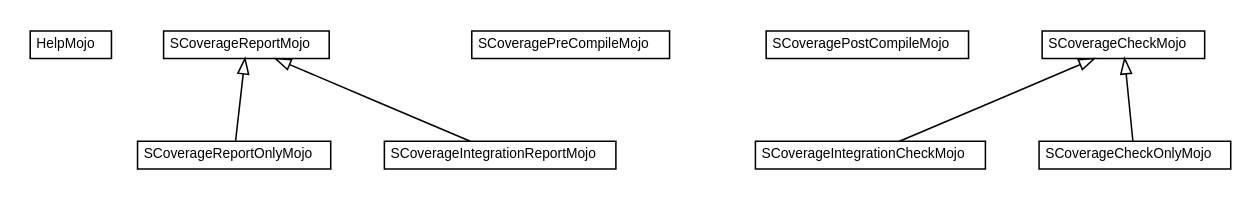
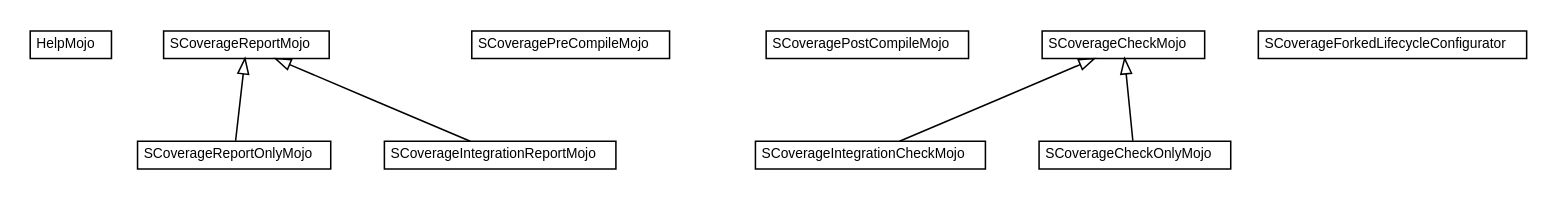
The diagram in 1.1.0-SNAPSHOT/apidocs/org/scoverage/plugin/org.scoverage.plugin.dot (scoverage/scoverage-maven-plugin), drawn with Graphviz before and after one commit. The commit also changed 111 other files, not shown here.

```diff
--- a/1.1.0-SNAPSHOT/apidocs/org/scoverage/plugin/org.scoverage.plugin.dot
+++ b/1.1.0-SNAPSHOT/apidocs/org/scoverage/plugin/org.scoverage.plugin.dot
@@ -1,74 +1,80 @@
 #!/usr/local/bin/dot
 #
 # Class diagram 
 # Generated by UMLGraph version R5_6-24-gf6e263 (http://www.umlgraph.org/)
 #
 
 digraph G {
 	edge [fontname="arial",fontsize=10,labelfontname="arial",labelfontsize=10];
 	node [fontname="arial",fontsize=10,shape=plaintext];
 	nodesep=0.25;
 	ranksep=0.5;
 	// org.scoverage.plugin.HelpMojo
 	c0 [label=<<table title="org.scoverage.plugin.HelpMojo" border="0" cellborder="1" cellspacing="0" cellpadding="2" port="p" href="./HelpMojo.html">
 		<tr><td><table border="0" cellspacing="0" cellpadding="1">
 <tr><td align="center" balign="center"> HelpMojo </td></tr>
 		</table></td></tr>
 		</table>>, URL="./HelpMojo.html", fontname="arial", fontcolor="black", fontsize=9.0];
 	// org.scoverage.plugin.SCoverageReportOnlyMojo
 	c1 [label=<<table title="org.scoverage.plugin.SCoverageReportOnlyMojo" border="0" cellborder="1" cellspacing="0" cellpadding="2" port="p" href="./SCoverageReportOnlyMojo.html">
 		<tr><td><table border="0" cellspacing="0" cellpadding="1">
 <tr><td align="center" balign="center"> SCoverageReportOnlyMojo </td></tr>
 		</table></td></tr>
 		</table>>, URL="./SCoverageReportOnlyMojo.html", fontname="arial", fontcolor="black", fontsize=9.0];
 	// org.scoverage.plugin.SCoverageReportMojo
 	c2 [label=<<table title="org.scoverage.plugin.SCoverageReportMojo" border="0" cellborder="1" cellspacing="0" cellpadding="2" port="p" href="./SCoverageReportMojo.html">
 		<tr><td><table border="0" cellspacing="0" cellpadding="1">
 <tr><td align="center" balign="center"> SCoverageReportMojo </td></tr>
 		</table></td></tr>
 		</table>>, URL="./SCoverageReportMojo.html", fontname="arial", fontcolor="black", fontsize=9.0];
 	// org.scoverage.plugin.SCoveragePreCompileMojo
 	c3 [label=<<table title="org.scoverage.plugin.SCoveragePreCompileMojo" border="0" cellborder="1" cellspacing="0" cellpadding="2" port="p" href="./SCoveragePreCompileMojo.html">
 		<tr><td><table border="0" cellspacing="0" cellpadding="1">
 <tr><td align="center" balign="center"> SCoveragePreCompileMojo </td></tr>
 		</table></td></tr>
 		</table>>, URL="./SCoveragePreCompileMojo.html", fontname="arial", fontcolor="black", fontsize=9.0];
 	// org.scoverage.plugin.SCoveragePostCompileMojo
 	c4 [label=<<table title="org.scoverage.plugin.SCoveragePostCompileMojo" border="0" cellborder="1" cellspacing="0" cellpadding="2" port="p" href="./SCoveragePostCompileMojo.html">
 		<tr><td><table border="0" cellspacing="0" cellpadding="1">
 <tr><td align="center" balign="center"> SCoveragePostCompileMojo </td></tr>
 		</table></td></tr>
 		</table>>, URL="./SCoveragePostCompileMojo.html", fontname="arial", fontcolor="black", fontsize=9.0];
 	// org.scoverage.plugin.SCoverageIntegrationReportMojo
 	c5 [label=<<table title="org.scoverage.plugin.SCoverageIntegrationReportMojo" border="0" cellborder="1" cellspacing="0" cellpadding="2" port="p" href="./SCoverageIntegrationReportMojo.html">
 		<tr><td><table border="0" cellspacing="0" cellpadding="1">
 <tr><td align="center" balign="center"> SCoverageIntegrationReportMojo </td></tr>
 		</table></td></tr>
 		</table>>, URL="./SCoverageIntegrationReportMojo.html", fontname="arial", fontcolor="black", fontsize=9.0];
 	// org.scoverage.plugin.SCoverageIntegrationCheckMojo
 	c6 [label=<<table title="org.scoverage.plugin.SCoverageIntegrationCheckMojo" border="0" cellborder="1" cellspacing="0" cellpadding="2" port="p" href="./SCoverageIntegrationCheckMojo.html">
 		<tr><td><table border="0" cellspacing="0" cellpadding="1">
 <tr><td align="center" balign="center"> SCoverageIntegrationCheckMojo </td></tr>
 		</table></td></tr>
 		</table>>, URL="./SCoverageIntegrationCheckMojo.html", fontname="arial", fontcolor="black", fontsize=9.0];
+	// org.scoverage.plugin.SCoverageForkedLifecycleConfigurator
+	c7 [label=<<table title="org.scoverage.plugin.SCoverageForkedLifecycleConfigurator" border="0" cellborder="1" cellspacing="0" cellpadding="2" port="p" href="./SCoverageForkedLifecycleConfigurator.html">
+		<tr><td><table border="0" cellspacing="0" cellpadding="1">
+<tr><td align="center" balign="center"> SCoverageForkedLifecycleConfigurator </td></tr>
+		</table></td></tr>
+		</table>>, URL="./SCoverageForkedLifecycleConfigurator.html", fontname="arial", fontcolor="black", fontsize=9.0];
 	// org.scoverage.plugin.SCoverageCheckOnlyMojo
-	c7 [label=<<table title="org.scoverage.plugin.SCoverageCheckOnlyMojo" border="0" cellborder="1" cellspacing="0" cellpadding="2" port="p" href="./SCoverageCheckOnlyMojo.html">
+	c8 [label=<<table title="org.scoverage.plugin.SCoverageCheckOnlyMojo" border="0" cellborder="1" cellspacing="0" cellpadding="2" port="p" href="./SCoverageCheckOnlyMojo.html">
 		<tr><td><table border="0" cellspacing="0" cellpadding="1">
 <tr><td align="center" balign="center"> SCoverageCheckOnlyMojo </td></tr>
 		</table></td></tr>
 		</table>>, URL="./SCoverageCheckOnlyMojo.html", fontname="arial", fontcolor="black", fontsize=9.0];
 	// org.scoverage.plugin.SCoverageCheckMojo
-	c8 [label=<<table title="org.scoverage.plugin.SCoverageCheckMojo" border="0" cellborder="1" cellspacing="0" cellpadding="2" port="p" href="./SCoverageCheckMojo.html">
+	c9 [label=<<table title="org.scoverage.plugin.SCoverageCheckMojo" border="0" cellborder="1" cellspacing="0" cellpadding="2" port="p" href="./SCoverageCheckMojo.html">
 		<tr><td><table border="0" cellspacing="0" cellpadding="1">
 <tr><td align="center" balign="center"> SCoverageCheckMojo </td></tr>
 		</table></td></tr>
 		</table>>, URL="./SCoverageCheckMojo.html", fontname="arial", fontcolor="black", fontsize=9.0];
 	//org.scoverage.plugin.SCoverageReportOnlyMojo extends org.scoverage.plugin.SCoverageReportMojo
 	c2:p -> c1:p [dir=back,arrowtail=empty];
 	//org.scoverage.plugin.SCoverageIntegrationReportMojo extends org.scoverage.plugin.SCoverageReportMojo
 	c2:p -> c5:p [dir=back,arrowtail=empty];
 	//org.scoverage.plugin.SCoverageIntegrationCheckMojo extends org.scoverage.plugin.SCoverageCheckMojo
-	c8:p -> c6:p [dir=back,arrowtail=empty];
+	c9:p -> c6:p [dir=back,arrowtail=empty];
 	//org.scoverage.plugin.SCoverageCheckOnlyMojo extends org.scoverage.plugin.SCoverageCheckMojo
-	c8:p -> c7:p [dir=back,arrowtail=empty];
+	c9:p -> c8:p [dir=back,arrowtail=empty];
 }
```
